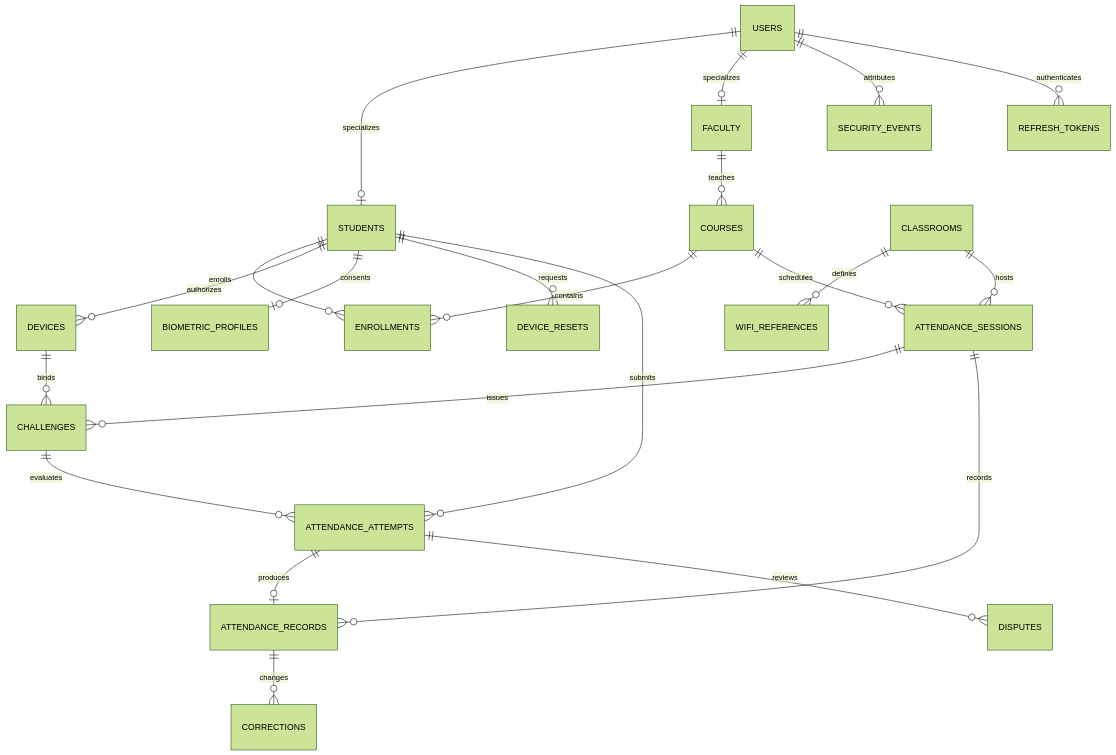
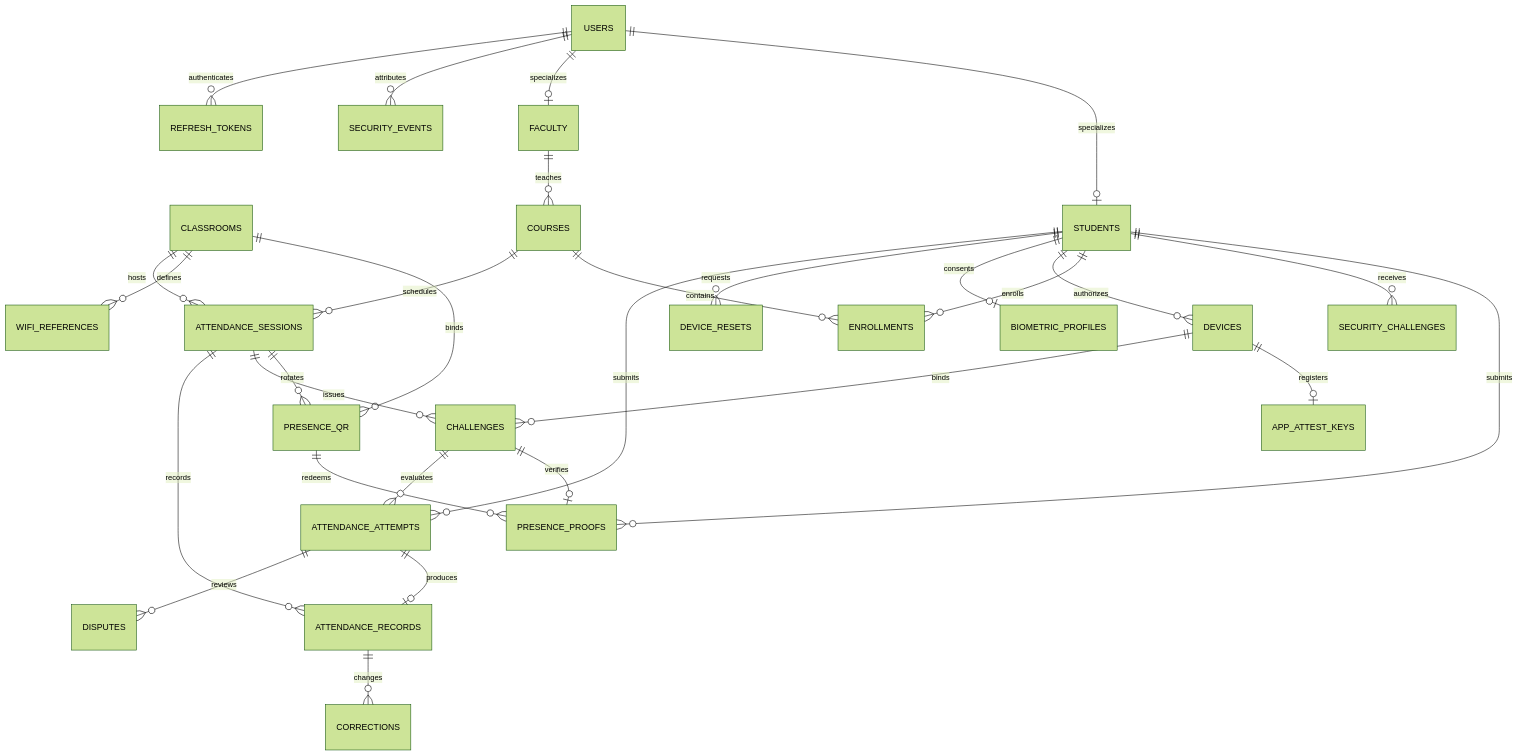
The diagram in docs/DATABASE_DESIGN.md (Anishpantham/Secure-Presence-Verification-System-SVPS---Attendance-Software), drawn with Mermaid (forest theme) before and after one commit. The commit also changed other lines of this file and 57 other files, not shown here.

````diff
--- a/docs/DATABASE_DESIGN.md
+++ b/docs/DATABASE_DESIGN.md
@@ -43,24 +42,31 @@
 ```mermaid
 erDiagram
+  ATTENDANCE_SESSIONS ||--o{ PRESENCE_QR : rotates
+  CLASSROOMS ||--o{ PRESENCE_QR : binds
+  CHALLENGES ||--o| PRESENCE_PROOFS : verifies
+  PRESENCE_QR ||--o{ PRESENCE_PROOFS : redeems
+  STUDENTS ||--o{ PRESENCE_PROOFS : submits
+  STUDENTS ||--o{ SECURITY_CHALLENGES : receives
+  DEVICES ||--o| APP_ATTEST_KEYS : registers
   USERS ||--o| STUDENTS : specializes
   USERS ||--o| FACULTY : specializes
   FACULTY ||--o{ COURSES : teaches
   COURSES ||--o{ ENROLLMENTS : contains
   STUDENTS ||--o{ ENROLLMENTS : enrolls
   CLASSROOMS ||--o{ WIFI_REFERENCES : defines
   COURSES ||--o{ ATTENDANCE_SESSIONS : schedules
   CLASSROOMS ||--o{ ATTENDANCE_SESSIONS : hosts
   STUDENTS ||--o{ DEVICES : authorizes
   STUDENTS ||--o| BIOMETRIC_PROFILES : consents
   STUDENTS ||--o{ DEVICE_RESETS : requests
   DEVICES ||--o{ CHALLENGES : binds
   ATTENDANCE_SESSIONS ||--o{ CHALLENGES : issues
   CHALLENGES ||--o{ ATTENDANCE_ATTEMPTS : evaluates
   STUDENTS ||--o{ ATTENDANCE_ATTEMPTS : submits
   ATTENDANCE_ATTEMPTS ||--o| ATTENDANCE_RECORDS : produces
   ATTENDANCE_SESSIONS ||--o{ ATTENDANCE_RECORDS : records
   ATTENDANCE_RECORDS ||--o{ CORRECTIONS : changes
   ATTENDANCE_ATTEMPTS ||--o{ DISPUTES : reviews
   USERS ||--o{ SECURITY_EVENTS : attributes
   USERS ||--o{ REFRESH_TOKENS : authenticates
 ```
````
